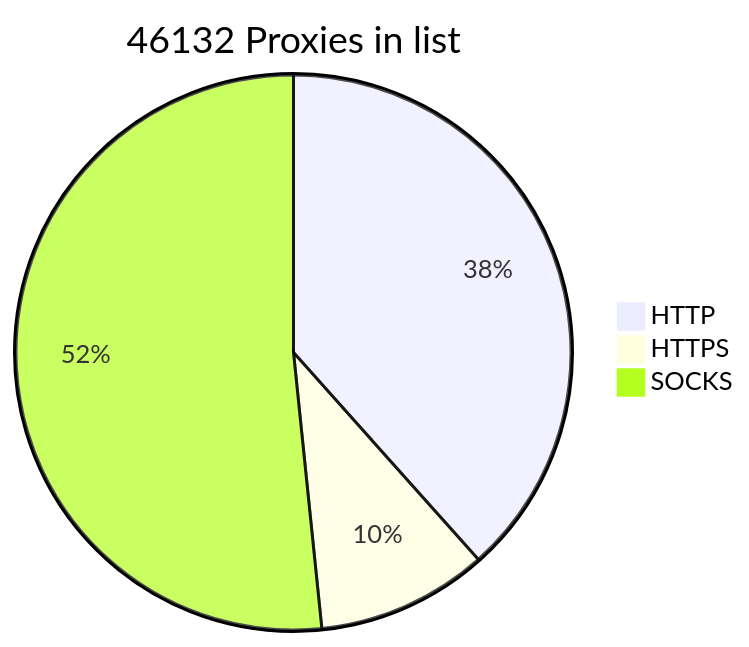
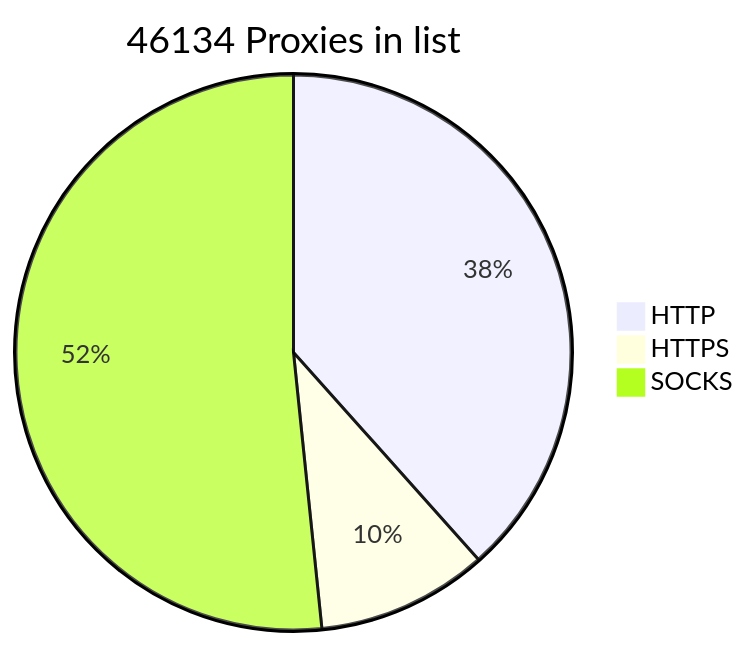
One commit to BlackSnowDot/proxylist-update-every-minute changed the diagram in README.md. Above: the diagram before and after it, drawn with Mermaid.

````diff
--- a/README.md
+++ b/README.md
@@ -2,6 +2,6 @@
 ```mermaid
-pie title 46132 Proxies in list
+pie title 46134 Proxies in list
     "HTTP" : 19385
     "HTTPS": 5035
-    "SOCKS" : 26066
+    "SOCKS" : 26068
 ```
````
